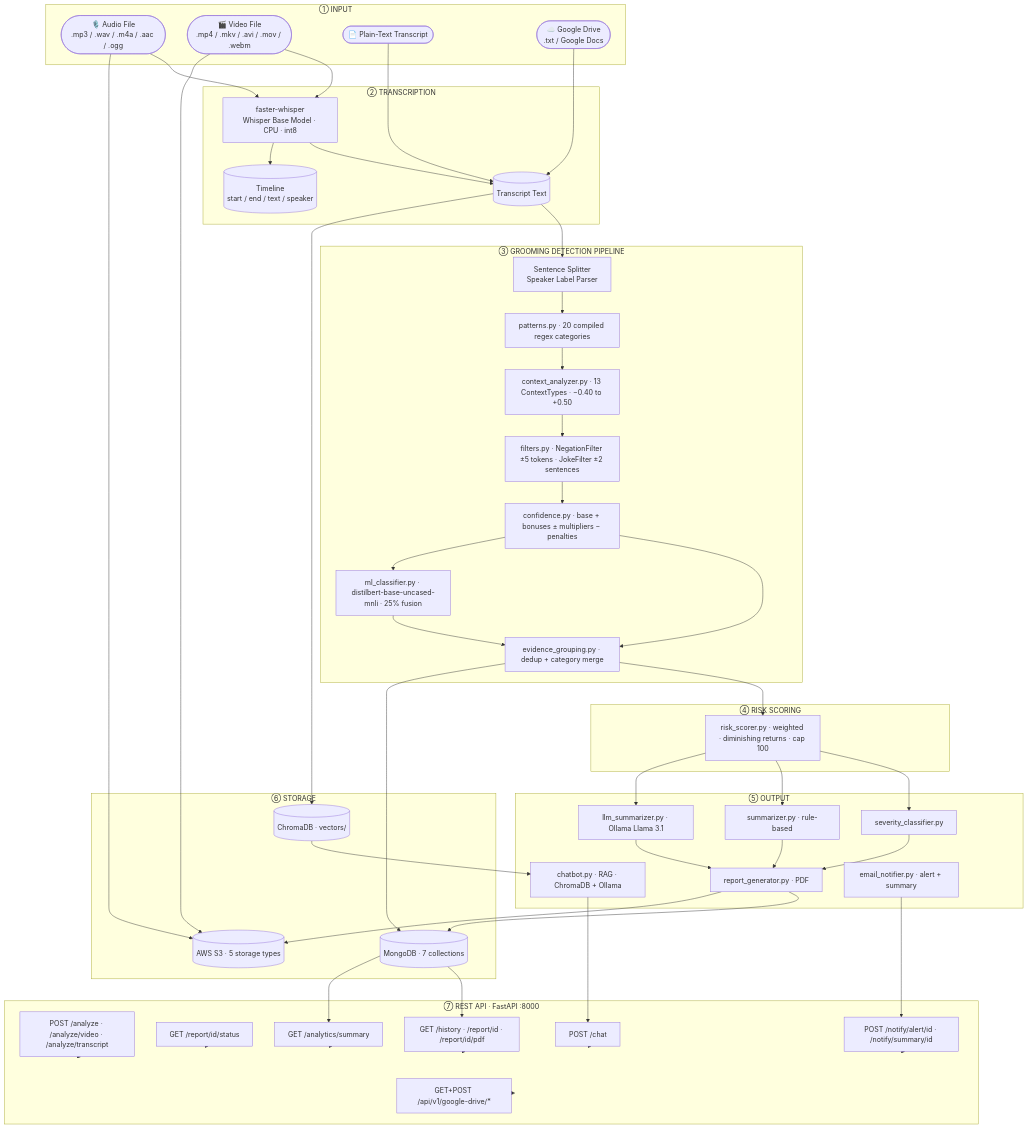
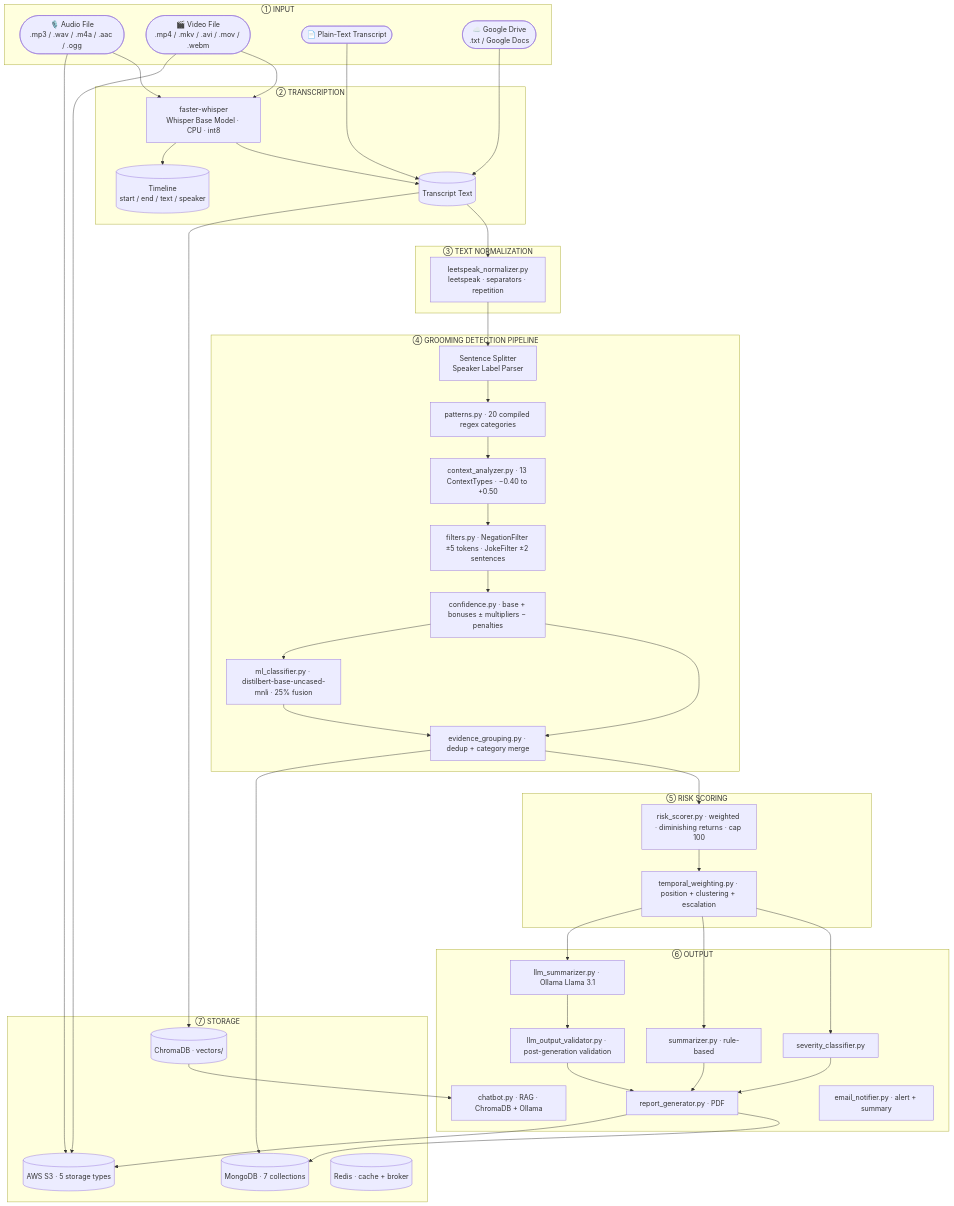
The diagram in README.md (chitraganesan-sun2/Mw-saftey-Backend), drawn with Mermaid before and after one commit. The commit also changed other lines of this file, not shown here.

````diff
--- a/README.md
+++ b/README.md
@@ -9,71 +9,65 @@
 ```mermaid
 flowchart TD
     subgraph INPUT["① INPUT"]
         A1([🎙️ Audio File\n.mp3 / .wav / .m4a / .aac / .ogg])
         A2([🎬 Video File\n.mp4 / .mkv / .avi / .mov / .webm])
         A3([📄 Plain-Text Transcript])
         A4([☁️ Google Drive\n.txt / Google Docs])
     end
 
     subgraph TRANSCRIPTION["② TRANSCRIPTION"]
         B[faster-whisper\nWhisper Base Model · CPU · int8]
         B1[(Transcript Text)]
         B2[(Timeline\nstart / end / text / speaker)]
     end
 
-    subgraph DETECTION["③ GROOMING DETECTION PIPELINE"]
+    subgraph NORMALIZATION["③ TEXT NORMALIZATION"]
+        LEET[leetspeak_normalizer.py\nleetspeak · separators · repetition]
+    end
+
+    subgraph DETECTION["④ GROOMING DETECTION PIPELINE"]
         C[Sentence Splitter\nSpeaker Label Parser]
         PAT[patterns.py · 20 compiled regex categories]
         CTX[context_analyzer.py · 13 ContextTypes · −0.40 to +0.50]
         FIL[filters.py · NegationFilter ±5 tokens · JokeFilter ±2 sentences]
         CONF[confidence.py · base + bonuses ± multipliers − penalties]
         ML[ml_classifier.py · distilbert-base-uncased-mnli · 25% fusion]
         EG[evidence_grouping.py · dedup + category merge]
     end
 
-    subgraph SCORING["④ RISK SCORING"]
+    subgraph SCORING["⑤ RISK SCORING"]
         RS[risk_scorer.py · weighted · diminishing returns · cap 100]
+        TW[temporal_weighting.py · position + clustering + escalation]
     end
 
-    subgraph OUTPUT["⑤ OUTPUT"]
+    subgraph OUTPUT["⑥ OUTPUT"]
         SV[severity_classifier.py]
         SUM[summarizer.py · rule-based]
         LLM[llm_summarizer.py · Ollama Llama 3.1]
+        VAL[llm_output_validator.py · post-generation validation]
         PDF[report_generator.py · PDF]
         BOT[chatbot.py · RAG · ChromaDB + Ollama]
         EMAIL[email_notifier.py · alert + summary]
     end
 
-    subgraph STORAGE["⑥ STORAGE"]
+    subgraph STORAGE["⑦ STORAGE"]
         MDB[(MongoDB · 7 collections)]
         S3[(AWS S3 · 5 storage types)]
         VEC[(ChromaDB · vectors/)]
-    end
-
-    subgraph API["⑦ REST API · FastAPI :8000"]
-        EP1[POST /analyze · /analyze/video · /analyze/transcript]
-        EP2[GET /report/id/status]
-        EP3[GET /history · /report/id · /report/id/pdf]
-        EP4[POST /chat]
-        EP5[POST /notify/alert/id · /notify/summary/id]
-        EP6[GET /analytics/summary]
-        EP7[GET+POST /api/v1/google-drive/*]
+        REDIS[(Redis · cache + broker)]
     end
 
     A1 --> B --> B1 & B2
     A2 --> B
     A3 --> B1
     A4 --> B1
-    B1 --> C --> PAT --> CTX --> FIL --> CONF --> EG
+    B1 --> LEET --> C --> PAT --> CTX --> FIL --> CONF --> EG
     CONF --> ML --> EG
-    EG --> RS --> SV & SUM & LLM
-    SV & SUM & LLM --> PDF
+    EG --> RS --> TW --> SV & SUM & LLM
+    LLM --> VAL
+    SV & SUM & VAL --> PDF
     PDF --> MDB & S3
     A1 & A2 --> S3
     B1 --> VEC --> BOT
     EG --> MDB
-    MDB --> EP3 & EP6
-    BOT --> EP4
-    EMAIL --> EP5
-    EP1 & EP2 & EP3 & EP4 & EP5 & EP6 & EP7 --> API
 ```
````
